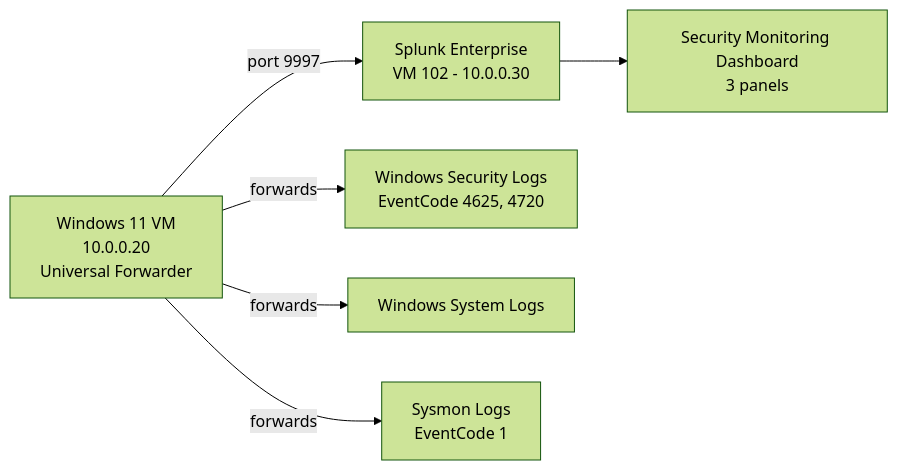
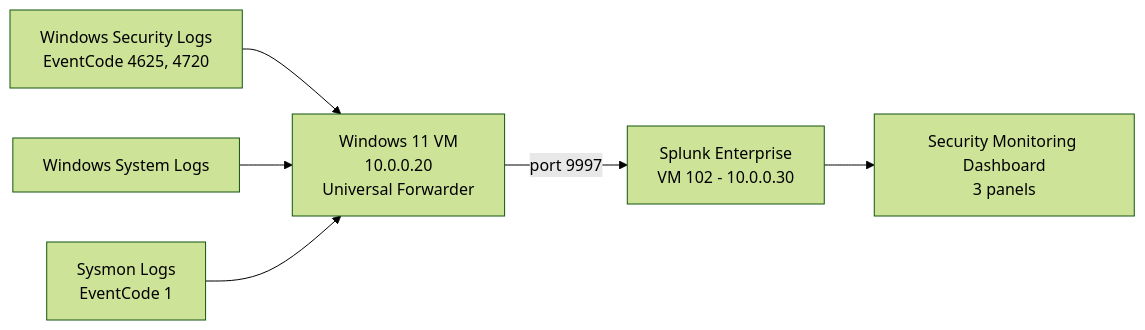
One commit to tahmidislam2003/splunk-siem-lab changed the diagram in README.md. Above: the diagram before and after it, drawn with Mermaid (forest theme).

Commit message:
Fix Mermaid diagram: log sources feed into forwarder, not the other way around

````diff
--- a/README.md
+++ b/README.md
@@ -9,8 +9,8 @@
 ```mermaid
 graph LR
+    C[Windows Security Logs<br/>EventCode 4625, 4720] --> A
+    D[Windows System Logs] --> A
+    E[Sysmon Logs<br/>EventCode 1] --> A
     A[Windows 11 VM<br/>10.0.0.20<br/>Universal Forwarder] -->|port 9997| B[Splunk Enterprise<br/>VM 102 - 10.0.0.30]
-    A -->|forwards| C[Windows Security Logs<br/>EventCode 4625, 4720]
-    A -->|forwards| D[Windows System Logs]
-    A -->|forwards| E[Sysmon Logs<br/>EventCode 1]
     B --> F[Security Monitoring Dashboard<br/>3 panels]
 ```
````
